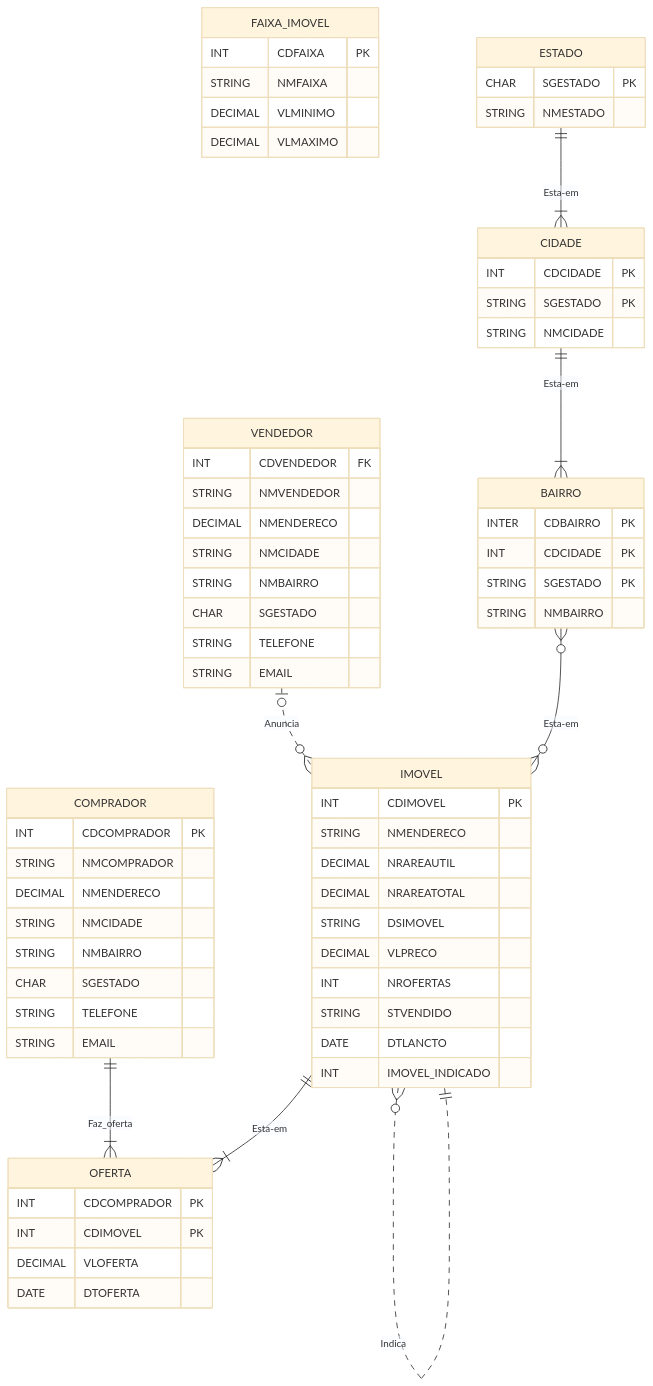
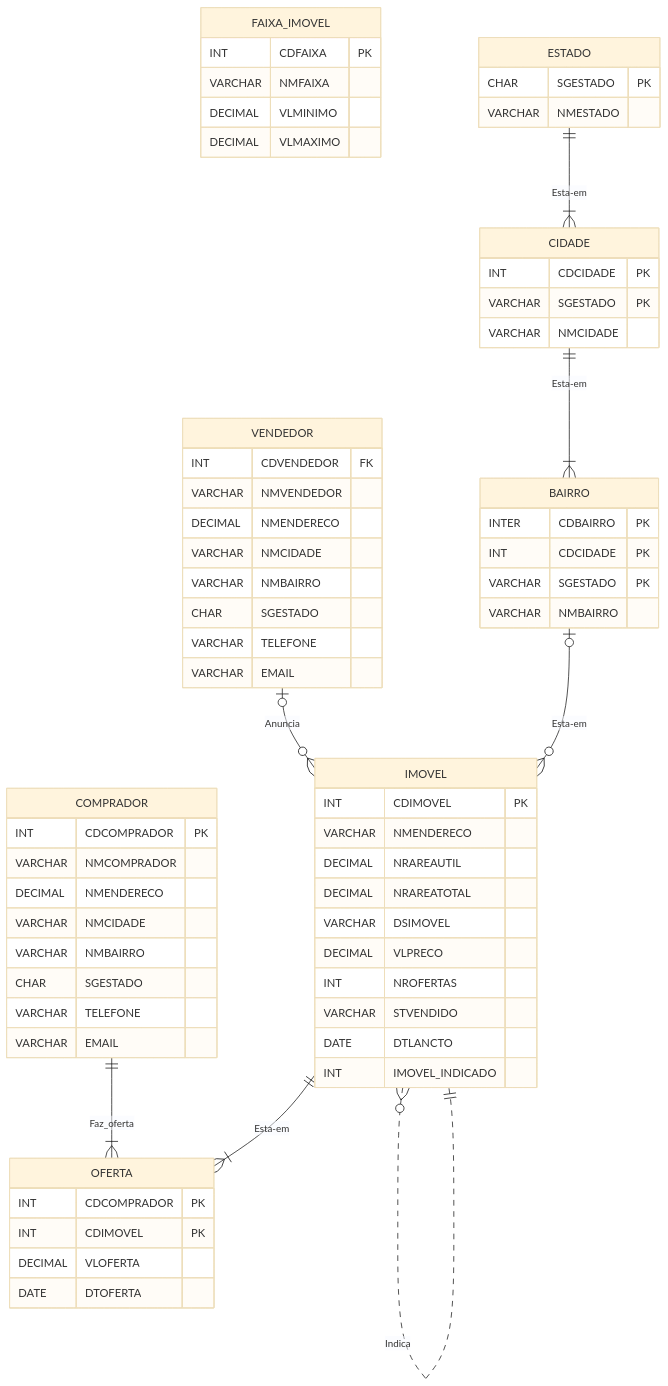
Before and after one commit to marcg-dev/SQLCursoPratico: the seventh of 13 diagrams in pages/Cap2.md, drawn with Mermaid (base theme). The commit also changed other lines of this file, not shown here.

````diff
--- a/pages/Cap2.md
+++ b/pages/Cap2.md
@@ -170,69 +174,69 @@
 ```mermaid
 erDiagram
     FAIXA_IMOVEL {
         INT CDFAIXA PK
-        STRING NMFAIXA
+        VARCHAR NMFAIXA
         DECIMAL VLMINIMO
         DECIMAL VLMAXIMO
     }
-    VENDEDOR |o..o{ IMOVEL : Anuncia
+    VENDEDOR |o--o{ IMOVEL : Anuncia
     VENDEDOR {
         INT CDVENDEDOR FK
-        STRING NMVENDEDOR
+        VARCHAR NMVENDEDOR
         DECIMAL NMENDERECO
-        STRING NMCIDADE
-        STRING NMBAIRRO
+        VARCHAR NMCIDADE
+        VARCHAR NMBAIRRO
         CHAR SGESTADO
-        STRING TELEFONE
-        STRING EMAIL
+        VARCHAR TELEFONE
+        VARCHAR EMAIL
     }
     COMPRADOR ||--|{ OFERTA : Faz_oferta
     COMPRADOR {
         INT CDCOMPRADOR PK
-        STRING NMCOMPRADOR
+        VARCHAR NMCOMPRADOR
         DECIMAL NMENDERECO
-        STRING NMCIDADE
-        STRING NMBAIRRO
+        VARCHAR NMCIDADE
+        VARCHAR NMBAIRRO
         CHAR SGESTADO
-        STRING TELEFONE
-        STRING EMAIL
+        VARCHAR TELEFONE
+        VARCHAR EMAIL
     }
     IMOVEL }o..|| IMOVEL : Indica
     IMOVEL {
         INT CDIMOVEL PK
-        STRING NMENDERECO
+        VARCHAR NMENDERECO
         DECIMAL NRAREAUTIL
         DECIMAL NRAREATOTAL
-        STRING DSIMOVEL
+        VARCHAR DSIMOVEL
         DECIMAL VLPRECO
         INT NROFERTAS
-        STRING STVENDIDO
+        VARCHAR STVENDIDO
         DATE DTLANCTO
         INT IMOVEL_INDICADO
     }
     IMOVEL ||--|{ OFERTA : Esta-em
     OFERTA {
         INT CDCOMPRADOR PK
         INT CDIMOVEL PK
         DECIMAL VLOFERTA
         DATE DTOFERTA
     }
     ESTADO ||--|{ CIDADE : Esta-em
     ESTADO {
         CHAR SGESTADO PK
-        STRING NMESTADO
+        VARCHAR NMESTADO
     }
     CIDADE ||--|{ BAIRRO : Esta-em
     CIDADE {
         INT CDCIDADE PK
-        STRING SGESTADO PK
-        STRING NMCIDADE
+        VARCHAR SGESTADO PK
+        VARCHAR NMCIDADE
     }
-    BAIRRO }o--o{ IMOVEL : Esta-em
+    BAIRRO |o--o{ IMOVEL : Esta-em
     BAIRRO {
         INTER CDBAIRRO PK
         INT CDCIDADE PK
-        STRING SGESTADO PK
-        STRING NMBAIRRO
+        VARCHAR SGESTADO PK
+        VARCHAR NMBAIRRO
     }
 ```
````
